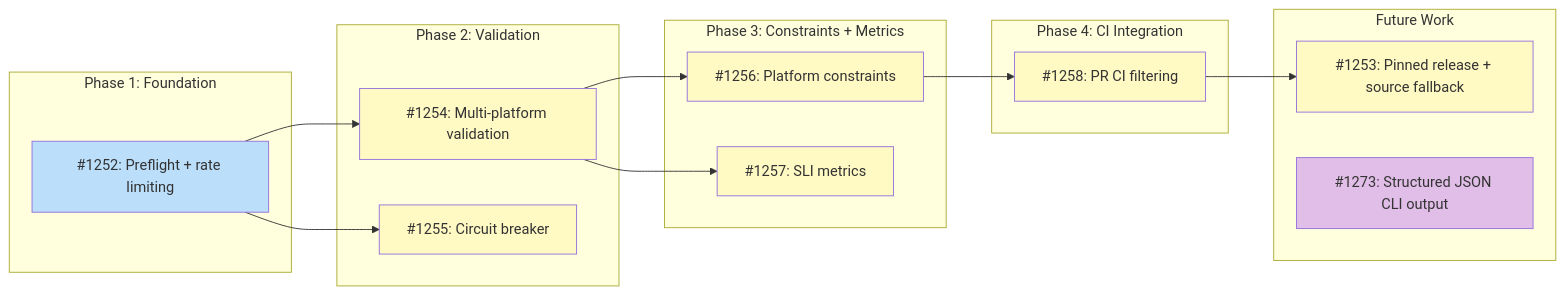
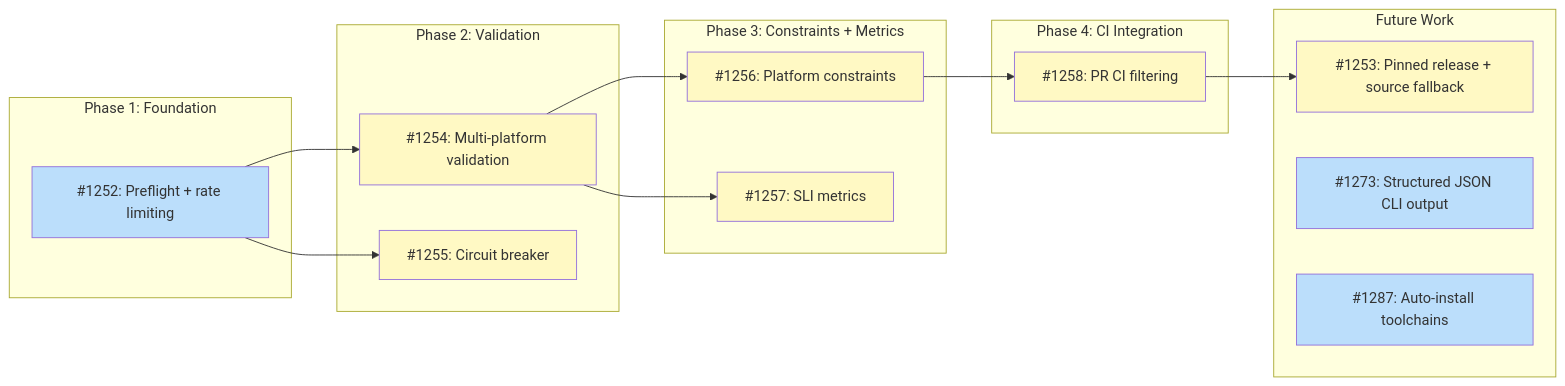
The diagram in docs/designs/DESIGN-batch-recipe-generation.md (tsukumogami/tsuku), drawn with Mermaid before and after one commit. The commit also changed other lines of this file and 23 other files, not shown here.

````diff
--- a/docs/designs/DESIGN-batch-recipe-generation.md
+++ b/docs/designs/DESIGN-batch-recipe-generation.md
@@ -31,42 +32,43 @@
 ```mermaid
 graph LR
     subgraph Phase1["Phase 1: Foundation"]
         I1252["#1252: Preflight + rate limiting"]
     end
 
     subgraph Phase2["Phase 2: Validation"]
         I1254["#1254: Multi-platform validation"]
         I1255["#1255: Circuit breaker"]
     end
 
     subgraph Phase3["Phase 3: Constraints + Metrics"]
         I1256["#1256: Platform constraints"]
         I1257["#1257: SLI metrics"]
     end
 
     subgraph Phase4["Phase 4: CI Integration"]
         I1258["#1258: PR CI filtering"]
     end
 
     subgraph Future["Future Work"]
         I1253["#1253: Pinned release + source fallback"]
         I1273["#1273: Structured JSON CLI output"]
+        I1287["#1287: Auto-install toolchains"]
     end
 
     I1252 --> I1254
     I1252 --> I1255
     I1254 --> I1256
     I1254 --> I1257
     I1256 --> I1258
     I1258 --> I1253
 
     classDef done fill:#c8e6c9
     classDef ready fill:#bbdefb
     classDef blocked fill:#fff9c4
     classDef needsDesign fill:#e1bee7
 
     class I1252 ready
     class I1253 blocked
-    class I1273 needsDesign
+    class I1273,I1287 ready
     class I1254,I1255,I1256,I1257,I1258 blocked
 ```
````
